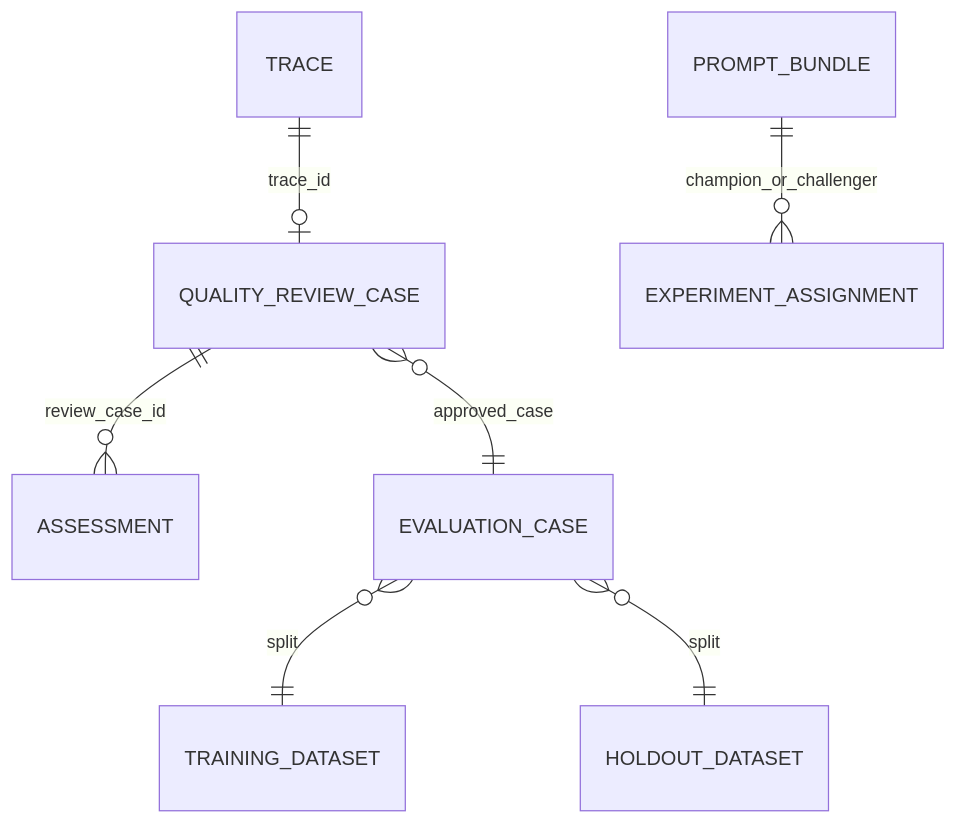
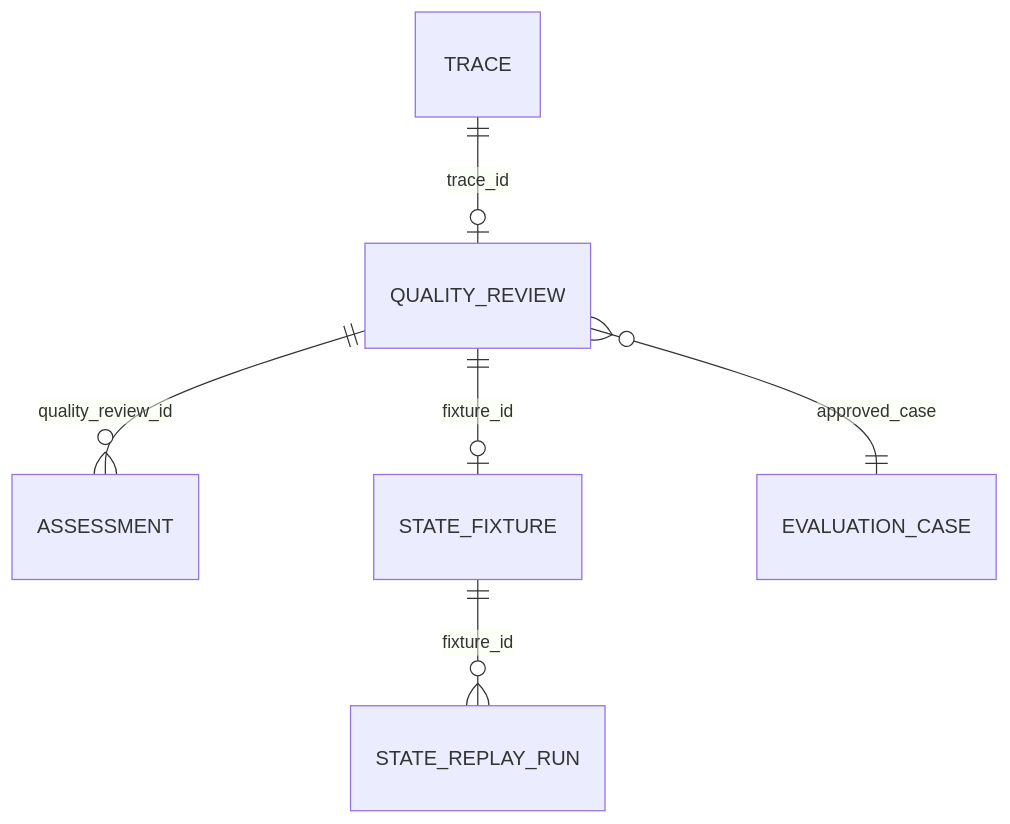
Diagram 16 of 17 in 技術レポート作成マルチエージェント_完成版.md (junTaniguchi/llm_ops), drawn with Mermaid before and after one commit. The commit also changed other lines of this file, not shown here.

````diff
--- a/技術レポート作成マルチエージェント_完成版.md
+++ b/技術レポート作成マルチエージェント_完成版.md
@@ -3007,9 +2937,8 @@
 ```mermaid
 erDiagram
-    TRACE ||--o| QUALITY_REVIEW_CASE : trace_id
-    QUALITY_REVIEW_CASE ||--o{ ASSESSMENT : review_case_id
-    QUALITY_REVIEW_CASE }o--|| EVALUATION_CASE : approved_case
-    EVALUATION_CASE }o--|| TRAINING_DATASET : split
-    EVALUATION_CASE }o--|| HOLDOUT_DATASET : split
-    PROMPT_BUNDLE ||--o{ EXPERIMENT_ASSIGNMENT : champion_or_challenger
+    TRACE ||--o| QUALITY_REVIEW : trace_id
+    QUALITY_REVIEW ||--o{ ASSESSMENT : quality_review_id
+    QUALITY_REVIEW ||--o| STATE_FIXTURE : fixture_id
+    STATE_FIXTURE ||--o{ STATE_REPLAY_RUN : fixture_id
+    QUALITY_REVIEW }o--|| EVALUATION_CASE : approved_case
 ```
````
